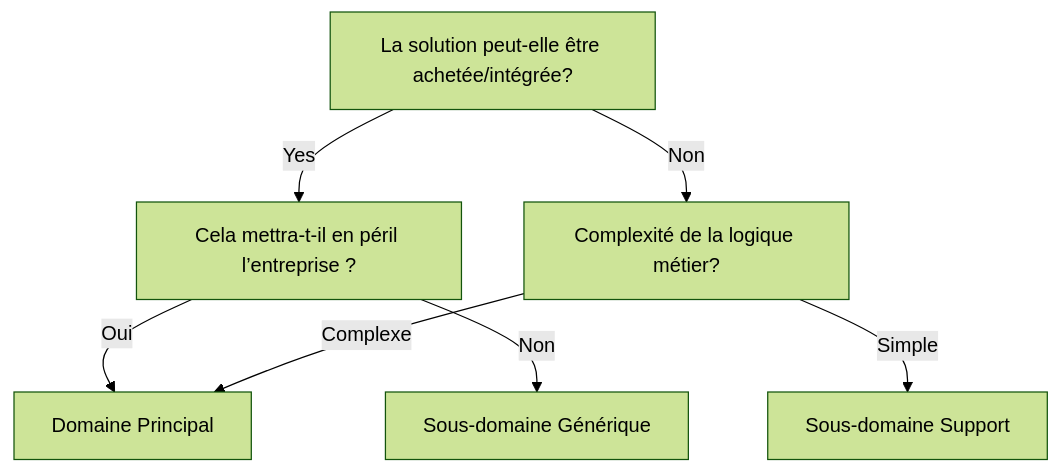
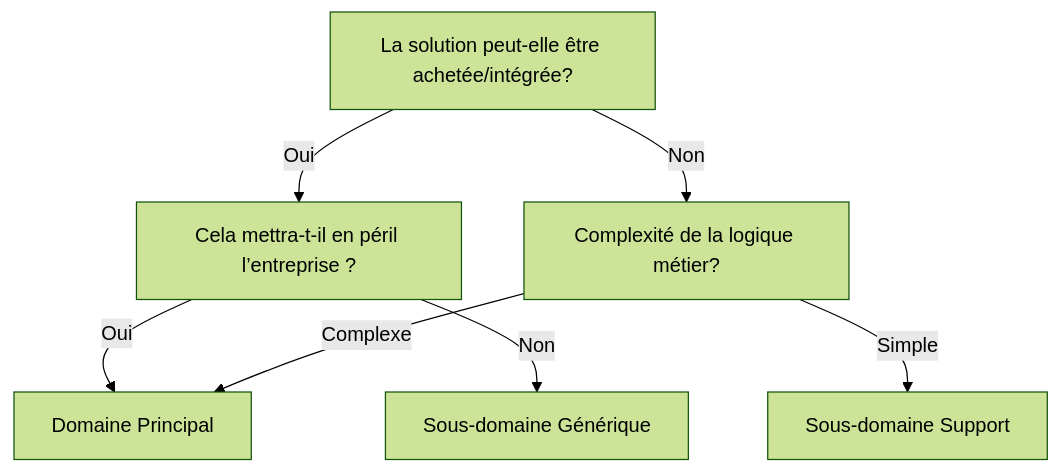
The tenth of 21 diagrams in src/pages/cours/ddd/ddd-cours.md (tavenel/website), drawn with Mermaid (forest theme) before and after one commit. The commit also changed other lines of this file and 3 other files, not shown here.

````diff
--- a/src/pages/cours/ddd/ddd-cours.md
+++ b/src/pages/cours/ddd/ddd-cours.md
@@ -731,9 +737,9 @@
 ```mermaid
 flowchart TD
-    A["La solution peut-elle être achetée/intégrée?"] -->|Yes| B["Cela mettra-t-il en péril l’entreprise ?"]
+    A["La solution peut-elle être achetée/intégrée?"] -->|Oui| B["Cela mettra-t-il en péril l’entreprise ?"]
     A -->|Non| C["Complexité de la logique métier?"]
     B -->|Oui| D["Domaine Principal"]
     B -->|Non| E["Sous-domaine Générique"]
     C -->|Complexe| D
     C -->|Simple| F["Sous-domaine Support"]
 ```
````
